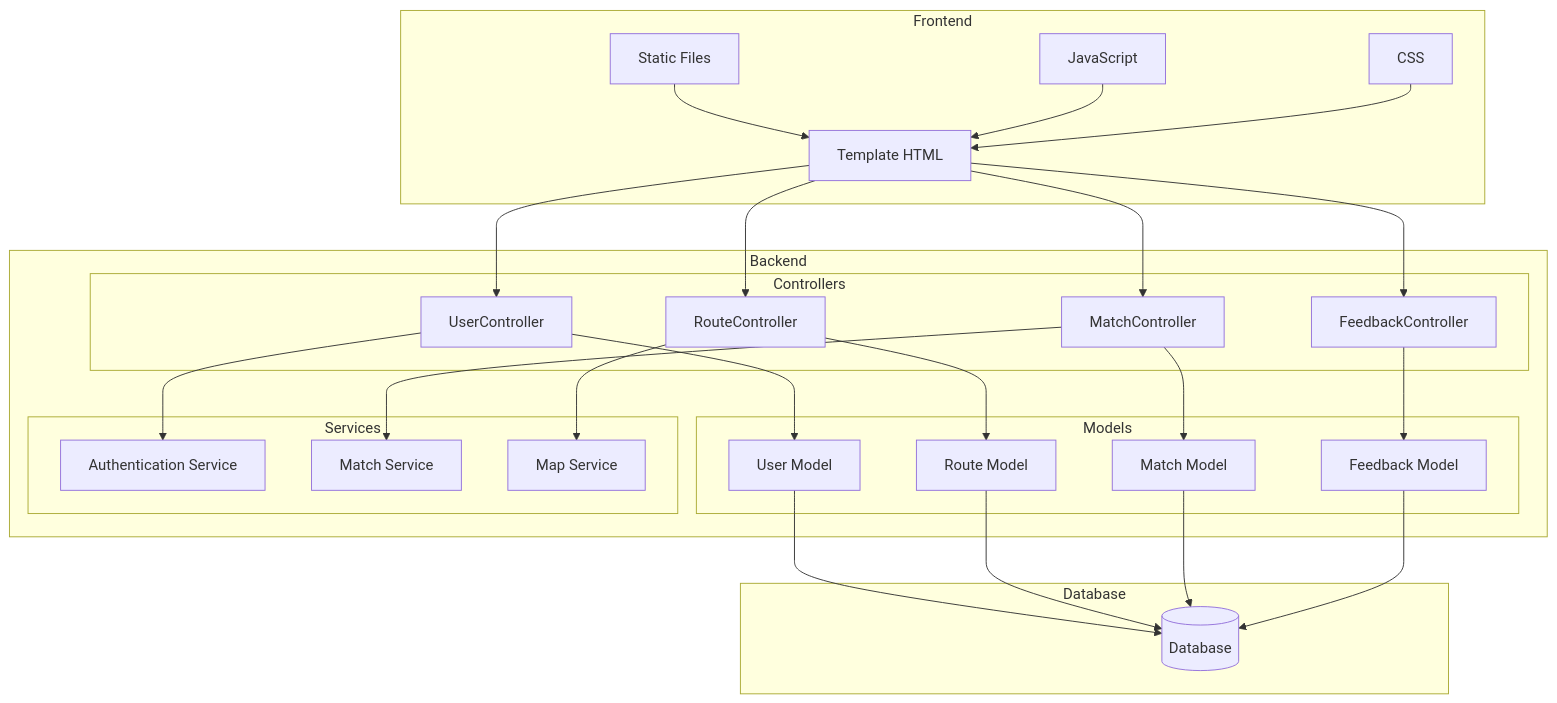
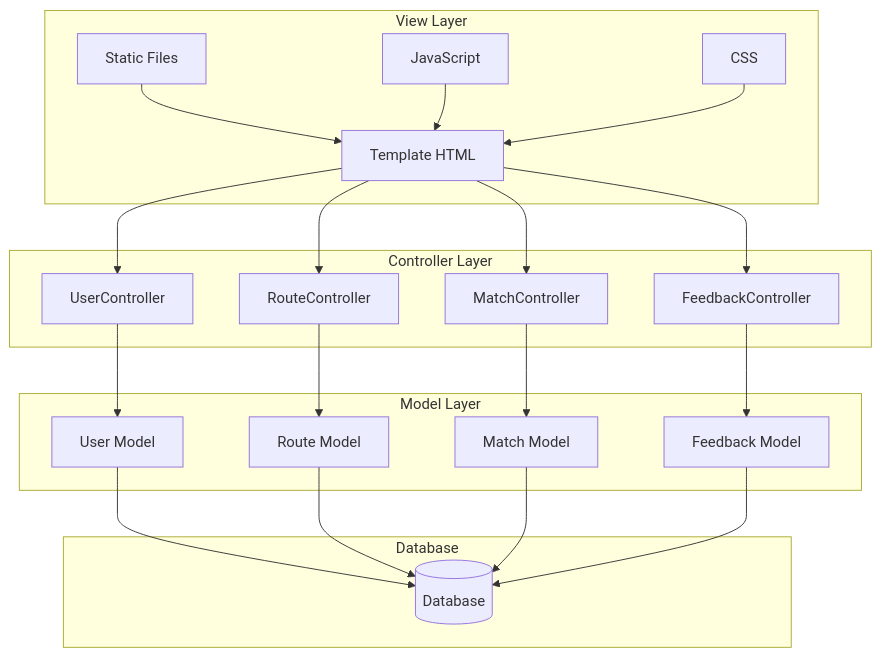
The diagram in README.md (raphaelfk/mc426), drawn with Mermaid before and after one commit. The commit also changed other lines of this file, not shown here.

Commit message:
Update README architecture descriptions

````diff
--- a/README.md
+++ b/README.md
@@ -21,57 +21,45 @@
 ```mermaid
 graph TB
-    subgraph "Frontend"
+    subgraph "View Layer"
         Template[Template HTML]
         Static[Static Files]
         JS[JavaScript]
         CSS[CSS]
     end
 
-    subgraph "Backend"
-        subgraph "Controllers"
-            UserController[UserController]
-            RouteController[RouteController]
-            MatchController[MatchController]
-            FeedbackController[FeedbackController]
-        end
+    subgraph "Controller Layer"
+        UserController[UserController]
+        RouteController[RouteController]
+        MatchController[MatchController]
+        FeedbackController[FeedbackController]
+    end
 
-        subgraph "Models"
-            User[User Model]
-            Route[Route Model]
-            Match[Match Model]
-            Feedback[Feedback Model]
-        end
-
-        subgraph "Services"
-            AuthService[Authentication Service]
-            MatchService[Match Service]
-            MapService[Map Service]
-        end
+    subgraph "Model Layer"
+        User[User Model]
+        Route[Route Model]
+        Match[Match Model]
+        Feedback[Feedback Model]
     end
 
     subgraph "Database"
         DB[(Database)]
     end
 
     Template --> UserController
     Template --> RouteController
     Template --> MatchController
     Template --> FeedbackController
     Static --> Template
     JS --> Template
     CSS --> Template
 
     UserController --> User
     RouteController --> Route
     MatchController --> Match
     FeedbackController --> Feedback
 
-    UserController --> AuthService
-    MatchController --> MatchService
-    RouteController --> MapService
-
     User --> DB
     Route --> DB
     Match --> DB
     Feedback --> DB
 ```
````
